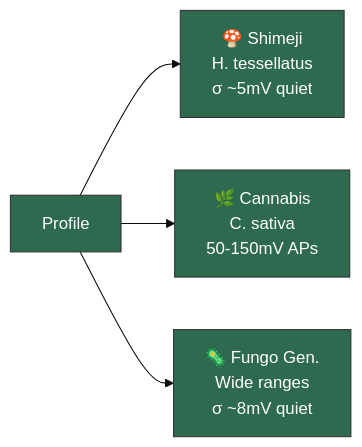
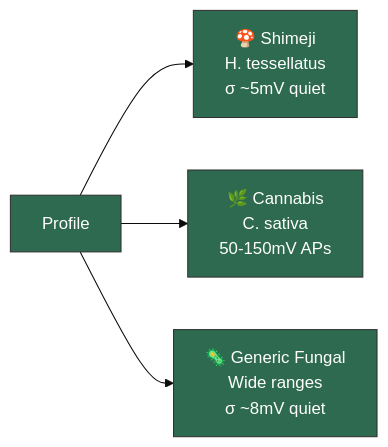
One commit to gabrielmaialva33/vivino changed the second of 4 diagrams in README.md. Above: the diagram before and after it, drawn with Mermaid. The commit also changed other lines of this file and 2 other files, not shown here.

````diff
--- a/README.md
+++ b/README.md
@@ -101,7 +97,7 @@
 ```mermaid
 %%{init: {'theme': 'base', 'themeVariables': { 'primaryColor': '#2d6a4f', 'primaryTextColor': '#fff'}}}%%
 graph LR
     P[Profile] --> S["🍄 Shimeji<br/>H. tessellatus<br/>σ ~5mV quiet"]
     P --> C["🌿 Cannabis<br/>C. sativa<br/>50-150mV APs"]
-    P --> F["🦠 Fungo Gen.<br/>Wide ranges<br/>σ ~8mV quiet"]
+    P --> F["🦠 Generic Fungal<br/>Wide ranges<br/>σ ~8mV quiet"]
 ```
````
